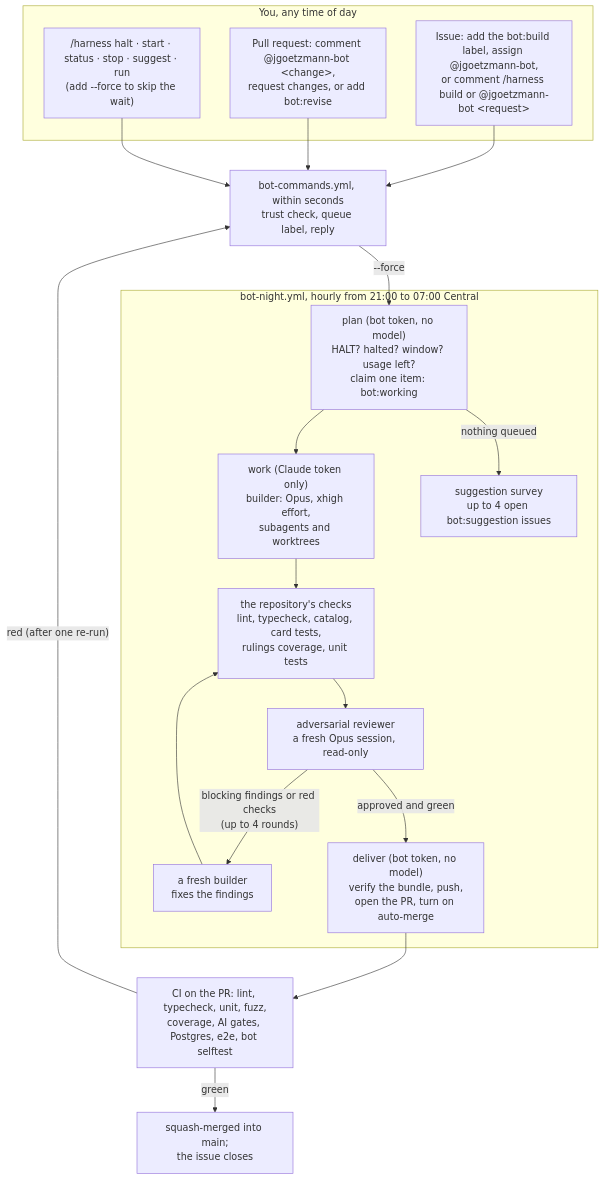
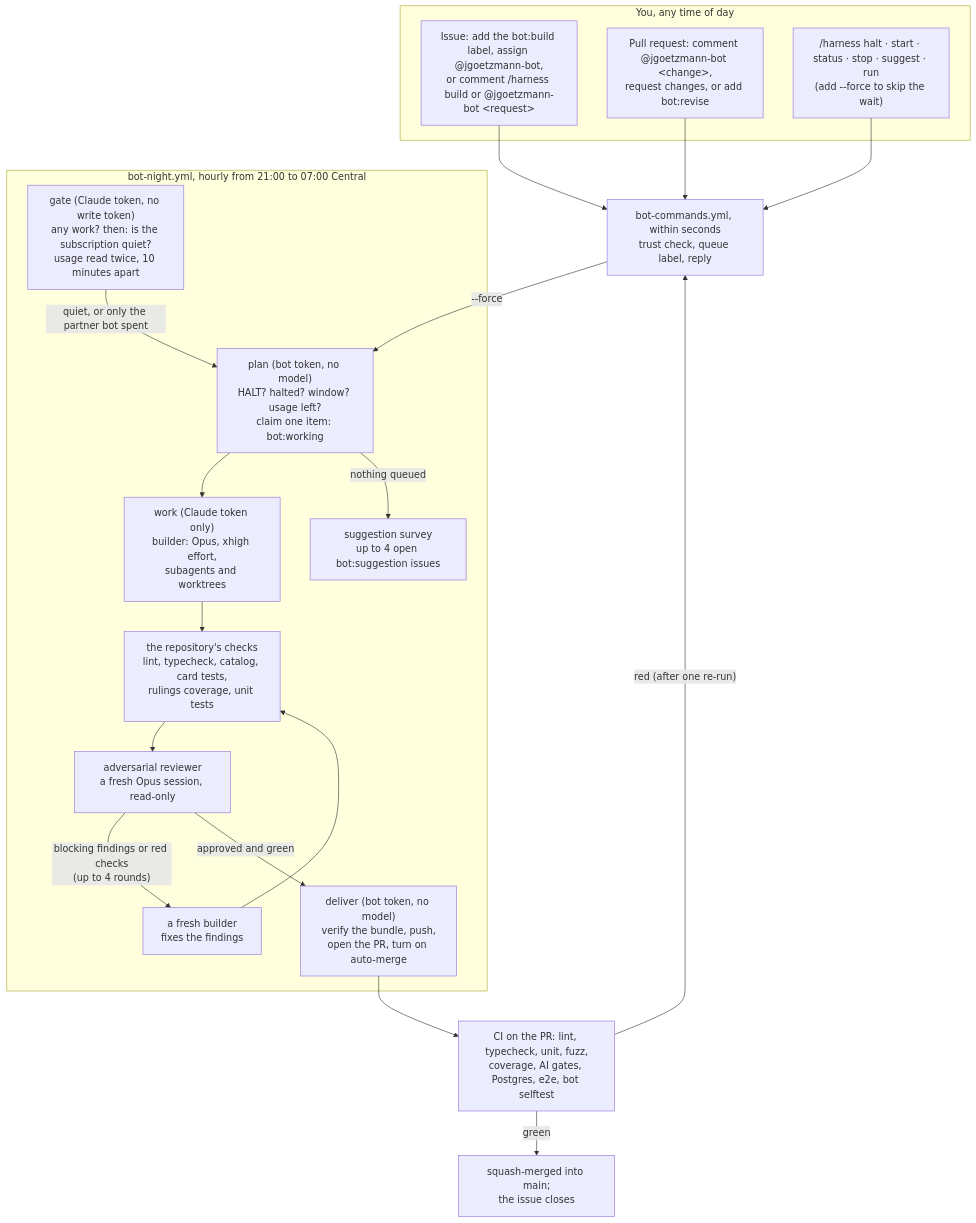
One commit to Jlore-Studios/JackiOh changed the diagram in bot/README.md. Above: the diagram before and after it, drawn with Mermaid. The commit also changed other lines of this file and 11 other files, not shown here.

First line of the commit message:
The night bot starts only when nobody else is using the Claude subscription, and runs alongside bright-bots-harness

````diff
--- a/bot/README.md
+++ b/bot/README.md
@@ -13,26 +13,28 @@
 ```mermaid
 flowchart TD
   subgraph you["You, any time of day"]
     I["Issue: add the bot:build label, assign @jgoetzmann-bot,<br/>or comment /harness build or @jgoetzmann-bot &lt;request&gt;"]
     P["Pull request: comment @jgoetzmann-bot &lt;change&gt;,<br/>request changes, or add bot:revise"]
     K["/harness halt · start · status · stop · suggest · run<br/>(add --force to skip the wait)"]
   end
   I --> E
   P --> E
   K --> E
   E["bot-commands.yml, within seconds<br/>trust check, queue label, reply"]
   E -- "--force" --> PL
   subgraph night["bot-night.yml, hourly from 21:00 to 07:00 Central"]
+    GA["gate (Claude token, no write token)<br/>any work? then: is the subscription quiet?<br/>usage read twice, 10 minutes apart"]
+    GA -- "quiet, or only the partner bot spent" --> PL
     PL["plan (bot token, no model)<br/>HALT? halted? window? usage left?<br/>claim one item: bot:working"]
     PL --> B["work (Claude token only)<br/>builder: Opus, xhigh effort,<br/>subagents and worktrees"]
     B --> G["the repository's checks<br/>lint, typecheck, catalog, card tests,<br/>rulings coverage, unit tests"]
     G --> R["adversarial reviewer<br/>a fresh Opus session, read-only"]
     R -- "blocking findings or red checks<br/>(up to 4 rounds)" --> F["a fresh builder<br/>fixes the findings"]
     F --> G
     R -- "approved and green" --> D["deliver (bot token, no model)<br/>verify the bundle, push,<br/>open the PR, turn on auto-merge"]
     PL -- "nothing queued" --> S["suggestion survey<br/>up to 4 open bot:suggestion issues"]
   end
   D --> CI["CI on the PR: lint, typecheck, unit, fuzz,<br/>coverage, AI gates, Postgres, e2e, bot selftest"]
   CI -- "green" --> M["squash-merged into main;<br/>the issue closes"]
   CI -- "red (after one re-run)" --> E
 ```
````
